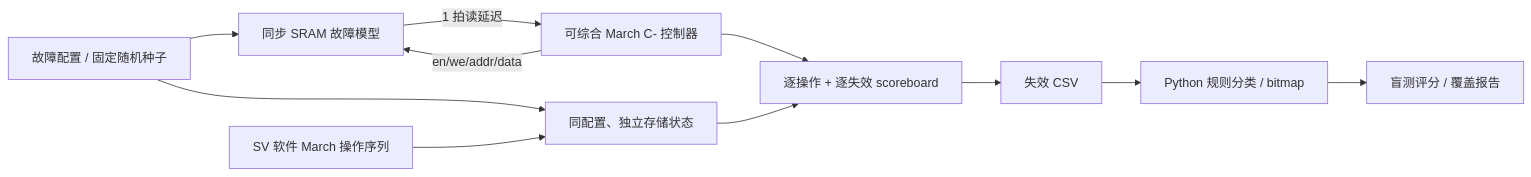
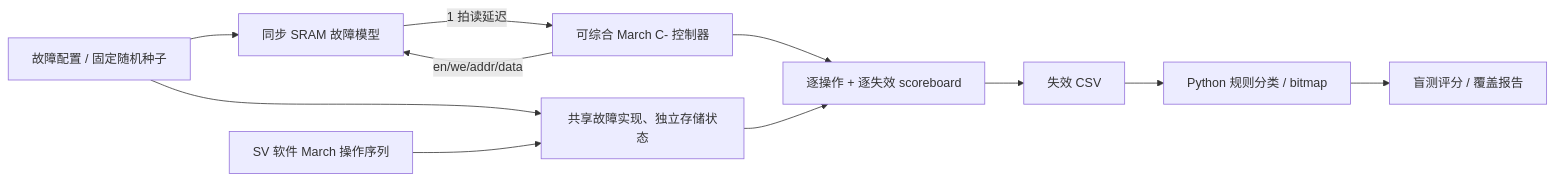
One commit to A1denHuang/memory-mbist-fault-analysis changed the diagram in README.md. Above: the diagram before and after it, drawn with Mermaid. The commit also changed other lines of this file and 1084 other files, not shown here.

````diff
--- a/README.md
+++ b/README.md
@@ -48,13 +51,13 @@
 ```mermaid
 flowchart LR
   CFG[故障配置 / 固定随机种子] --> MEM[同步 SRAM 故障模型]
-  CFG --> REF[同配置、独立存储状态]
+  CFG --> REF[共享故障实现、独立存储状态]
   RTL[可综合 March C- 控制器] -->|en/we/addr/data| MEM
   MEM -->|1 拍读延迟| RTL
   SW[SV 软件 March 操作序列] --> REF
   RTL --> SB[逐操作 + 逐失效 scoreboard]
   REF --> SB
   SB --> CSV[失效 CSV]
   CSV --> PY[Python 规则分类 / bitmap]
   PY --> REPORT[盲测评分 / 覆盖报告]
 ```
````
